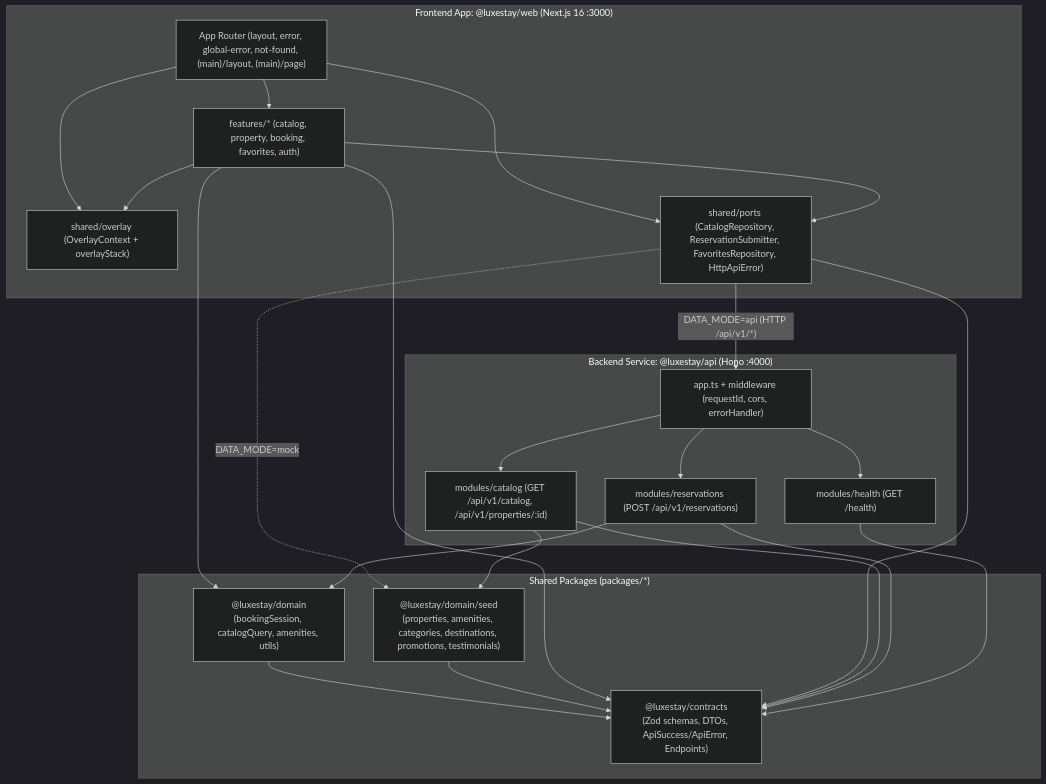
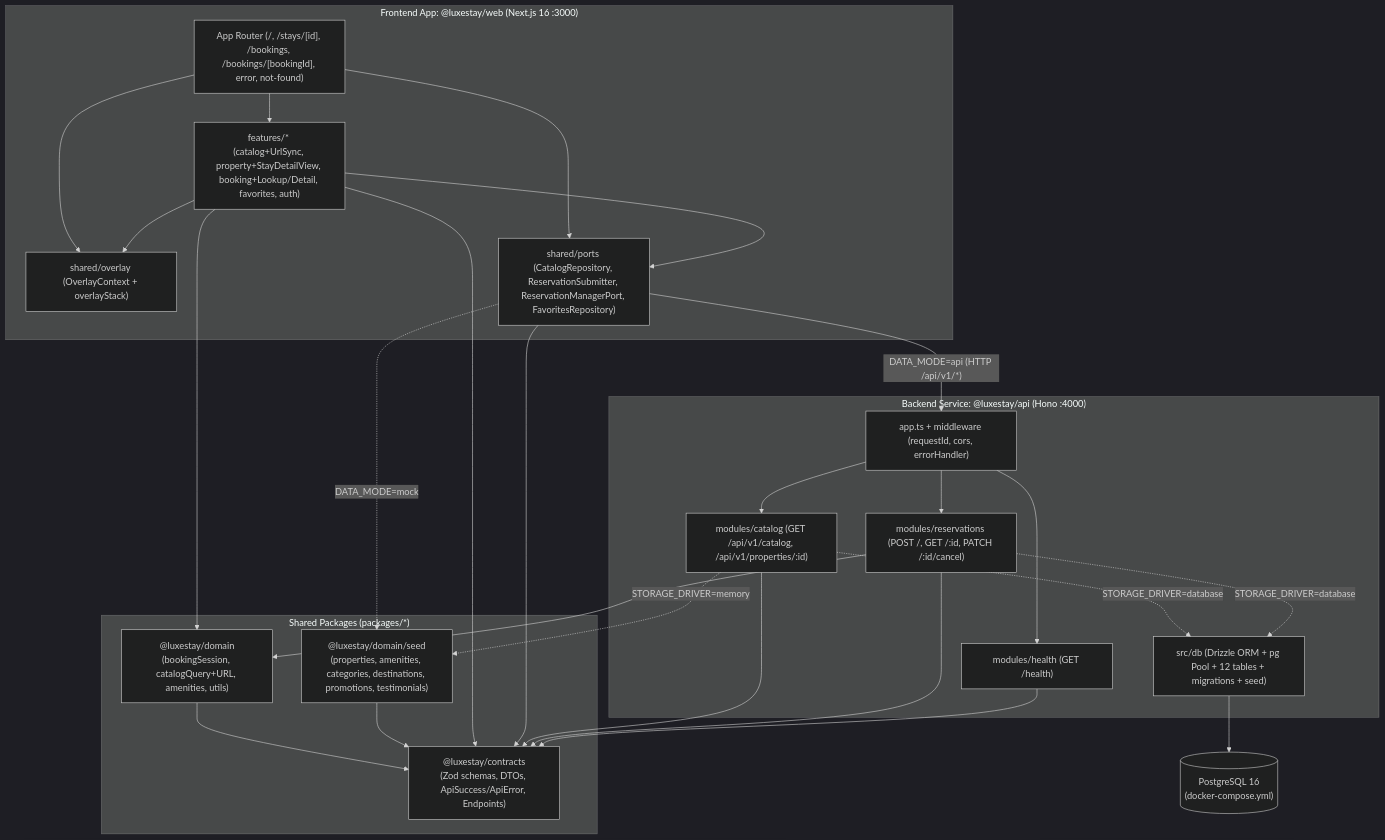
The first of 3 diagrams in docs/ARCHITECTURE.md (vhung20h5-star/LuxeStay), drawn with Mermaid (dark theme) before and after one commit. The commit also changed other lines of this file and 54 other files, not shown here.

First line of the commit message:
feat(phase-1): add PostgreSQL/Drizzle persistence, booking lookup/cancel, and /stays/[id] SEO routing

````diff
--- a/docs/ARCHITECTURE.md
+++ b/docs/ARCHITECTURE.md
@@ -32,44 +33,50 @@
 ```mermaid
 flowchart TD
     subgraph Shared["Shared Packages (packages/*)"]
         Contracts["@luxestay/contracts\n(Zod schemas, DTOs, ApiSuccess/ApiError, Endpoints)"]
-        Domain["@luxestay/domain\n(bookingSession, catalogQuery, amenities, utils)"]
+        Domain["@luxestay/domain\n(bookingSession, catalogQuery+URL, amenities, utils)"]
         Seed["@luxestay/domain/seed\n(properties, amenities, categories, destinations, promotions, testimonials)"]
         Domain --> Contracts
         Seed --> Contracts
     end
 
     subgraph Web["Frontend App: @luxestay/web (Next.js 16 :3000)"]
-        WebApp["App Router (layout, error, global-error, not-found, (main)/layout, (main)/page)"]
-        Features["features/* (catalog, property, booking, favorites, auth)"]
+        WebApp["App Router (/, /stays/[id], /bookings, /bookings/[bookingId], error, not-found)"]
+        Features["features/* (catalog+UrlSync, property+StayDetailView, booking+Lookup/Detail, favorites, auth)"]
         Overlay["shared/overlay (OverlayContext + overlayStack)"]
-        Ports["shared/ports (CatalogRepository, ReservationSubmitter, FavoritesRepository, HttpApiError)"]
+        Ports["shared/ports (CatalogRepository, ReservationSubmitter, ReservationManagerPort, FavoritesRepository)"]
         WebApp --> Features
         WebApp --> Overlay
         WebApp --> Ports
         Features --> Overlay
         Features --> Ports
     end
 
     subgraph Api["Backend Service: @luxestay/api (Hono :4000)"]
         ApiEntry["app.ts + middleware (requestId, cors, errorHandler)"]
         HealthMod["modules/health (GET /health)"]
         CatMod["modules/catalog (GET /api/v1/catalog, /api/v1/properties/:id)"]
-        ResMod["modules/reservations (POST /api/v1/reservations)"]
+        ResMod["modules/reservations (POST /, GET /:id, PATCH /:id/cancel)"]
+        DbLayer["src/db (Drizzle ORM + pg Pool + 12 tables + migrations + seed)"]
         ApiEntry --> HealthMod
         ApiEntry --> CatMod
         ApiEntry --> ResMod
+        CatMod -. "STORAGE_DRIVER=database" .-> DbLayer
+        ResMod -. "STORAGE_DRIVER=database" .-> DbLayer
     end
+
+    PG[("PostgreSQL 16\n(docker-compose.yml)")]
+    DbLayer --> PG
 
     Features --> Domain
     Features --> Contracts
     Ports --> Contracts
     Ports -. "DATA_MODE=mock" .-> Seed
     Ports -- "DATA_MODE=api (HTTP /api/v1/*)" --> ApiEntry
 
-    CatMod --> Seed
+    CatMod -. "STORAGE_DRIVER=memory" .-> Seed
     CatMod --> Contracts
     ResMod --> Domain
     ResMod --> Contracts
     HealthMod --> Contracts
 ```
````
